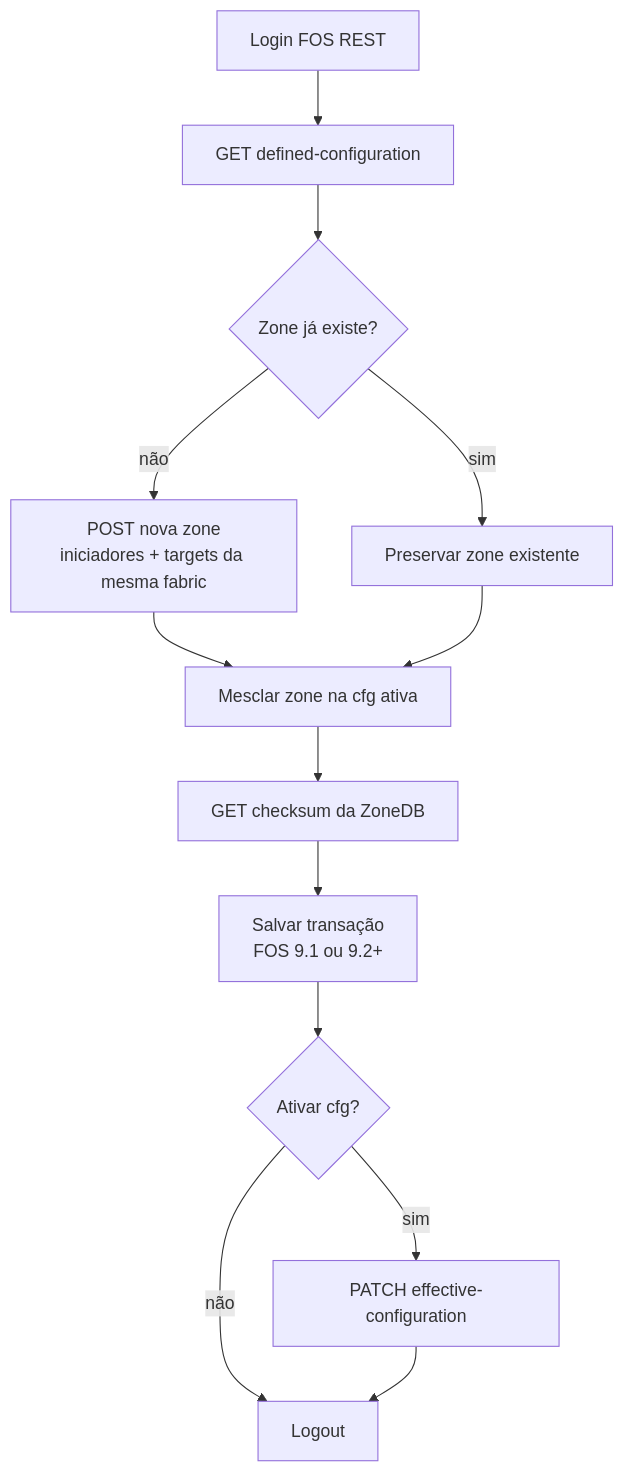
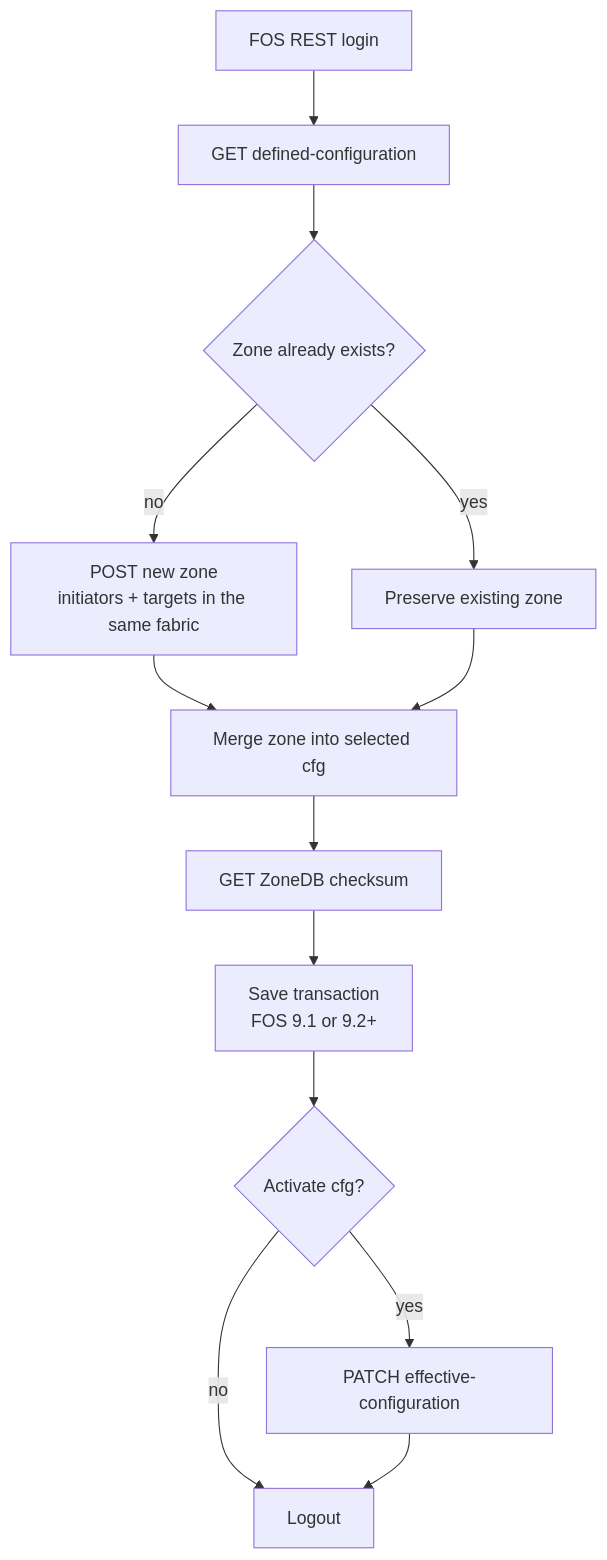
Before and after one commit to AlessandroDaudt/Dell-PPDM-PowerStore: the third of 5 diagrams in README.md, drawn with Mermaid. The commit also changed other lines of this file and 9 other files, not shown here.

````diff
--- a/README.md
+++ b/README.md
@@ -61,15 +61,15 @@
 ```mermaid
 flowchart TD
-    L[Login FOS REST] --> R[GET defined-configuration]
-    R --> X{Zone já existe?}
-    X -- não --> Z[POST nova zone<br/>iniciadores + targets da mesma fabric]
-    X -- sim --> C[Preservar zone existente]
-    Z --> M[Mesclar zone na cfg ativa]
+    L[FOS REST login] --> R[GET defined-configuration]
+    R --> X{Zone already exists?}
+    X -- no --> Z[POST new zone<br/>initiators + targets in the same fabric]
+    X -- yes --> C[Preserve existing zone]
+    Z --> M[Merge zone into selected cfg]
     C --> M
-    M --> K[GET checksum da ZoneDB]
-    K --> S[Salvar transação<br/>FOS 9.1 ou 9.2+]
-    S --> A{Ativar cfg?}
-    A -- sim --> E[PATCH effective-configuration]
-    A -- não --> O[Logout]
+    M --> K[GET ZoneDB checksum]
+    K --> S[Save transaction<br/>FOS 9.1 or 9.2+]
+    S --> A{Activate cfg?}
+    A -- yes --> E[PATCH effective-configuration]
+    A -- no --> O[Logout]
     E --> O
 ```
````
